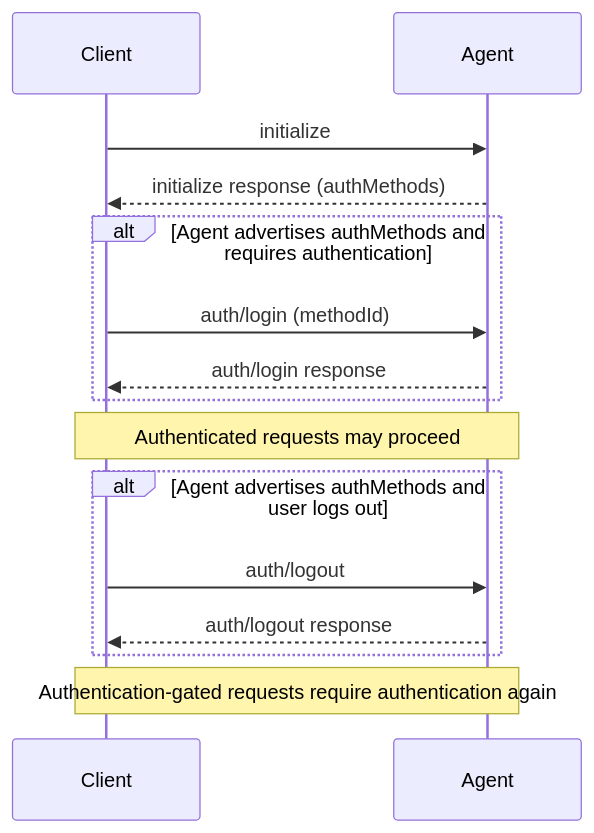
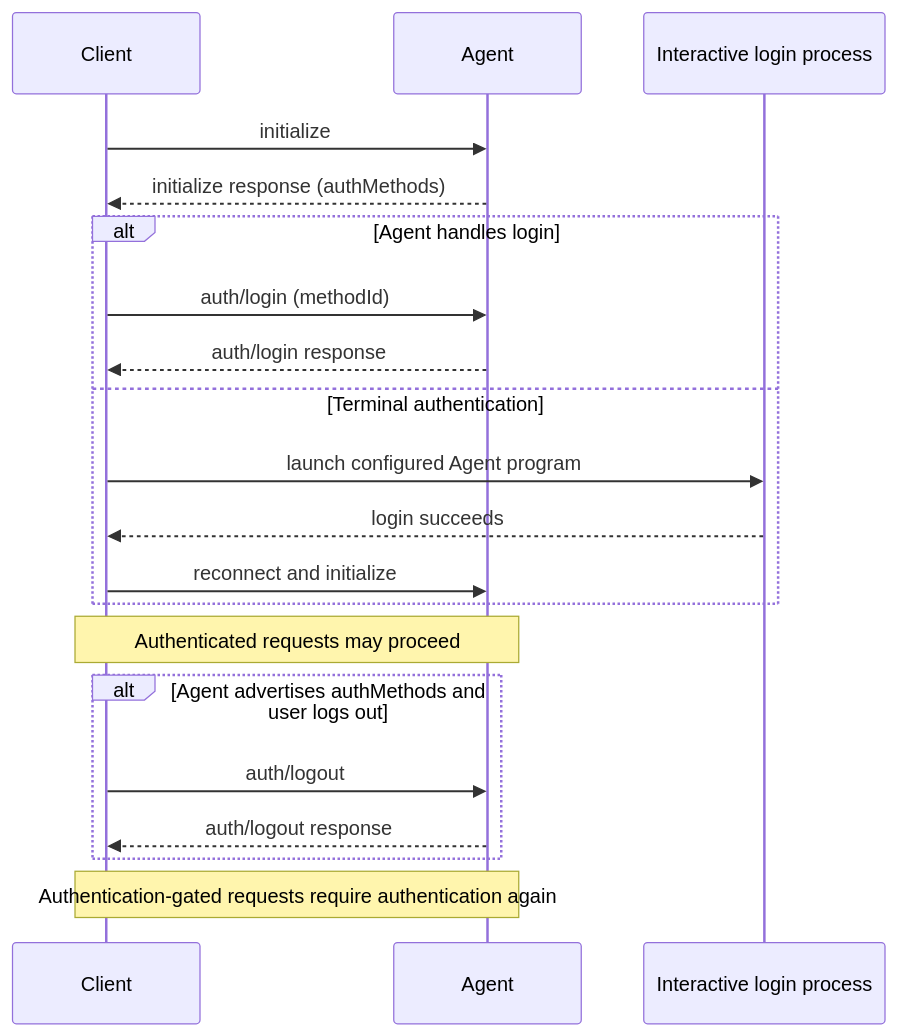
One commit to dayanruben/agent-client-protocol changed the diagram in docs/protocol/v2/draft/authentication.mdx. Above: the diagram before and after it, drawn with Mermaid. The commit also changed other lines of this file and 31 other files, not shown here.

First line of the commit message:
docs(rfd): Move terminal auth to preview (#1796)

````diff
--- a/docs/protocol/v2/draft/authentication.mdx
+++ b/docs/protocol/v2/draft/authentication.mdx
@@ -10,22 +14,27 @@
 ```mermaid
 sequenceDiagram
     participant Client
     participant Agent
+    participant Login as Interactive login process
 
     Client->>Agent: initialize
     Agent-->>Client: initialize response (authMethods)
 
-    alt Agent advertises authMethods and requires authentication
+    alt Agent handles login
         Client->>Agent: auth/login (methodId)
         Agent-->>Client: auth/login response
+    else Terminal authentication
+        Client->>Login: launch configured Agent program
+        Login-->>Client: login succeeds
+        Client->>Agent: reconnect and initialize
     end
 
     Note over Client,Agent: Authenticated requests may proceed
 
     alt Agent advertises authMethods and user logs out
         Client->>Agent: auth/logout
         Agent-->>Client: auth/logout response
     end
 
     Note over Client,Agent: Authentication-gated requests require authentication again
 ```
````
